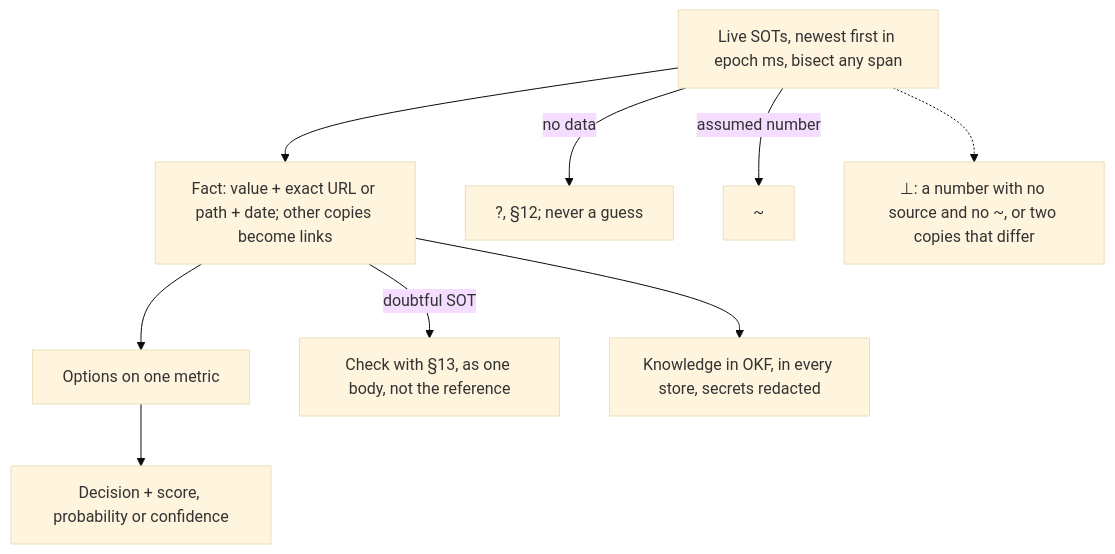
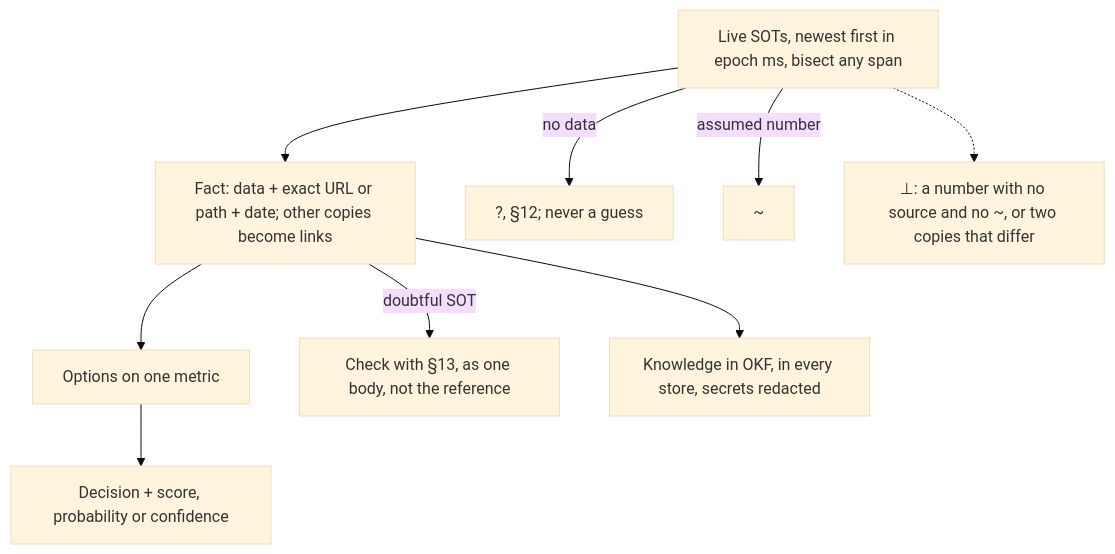
Before and after one commit to SolenixAI/arbiter: the sixth of 14 diagrams in AGENTS.md, drawn with Mermaid (base theme). The commit also changed other lines of this file and 2 other files, not shown here.

Commit message:
fix(agents): noise and tₙ defined; data vs value, score vs rate, one meaning each; frontier is the edge of the known; a terminus is a limit or event; active voice; pointers fixed

````diff
--- a/AGENTS.md
+++ b/AGENTS.md
@@ -229,10 +229,10 @@
 ```mermaid
 flowchart TD
-  D["Live SOTs, newest first in epoch ms, bisect any span"] --> E["Fact: value + exact URL or path + date; other copies become links"]
+  D["Live SOTs, newest first in epoch ms, bisect any span"] --> E["Fact: data + exact URL or path + date; other copies become links"]
   E --> O[Options on one metric] --> C[Decision + score, probability or confidence]
   D -->|no data| U["?, §12; never a guess"]
   D -->|assumed number| U2["~"]
   E -->|doubtful SOT| S13[Check with §13, as one body, not the reference]
   E --> K["Knowledge in OKF, in every store, secrets redacted"]
   D -.-> BOT["⊥: a number with no source and no ~, or two copies that differ"]
 ```
````
